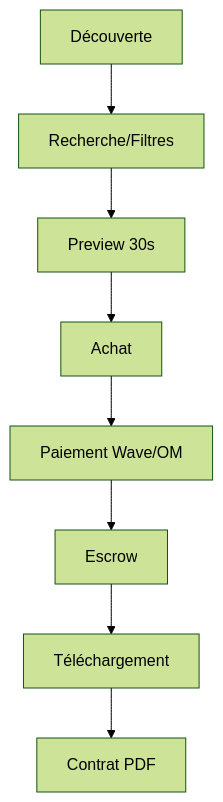
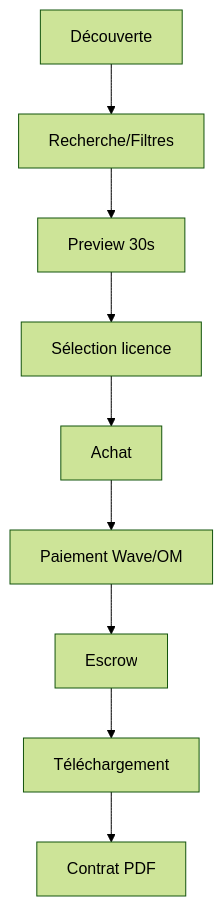
One commit to LordThiouk/linkart changed the second of 3 diagrams in docs/product/README.md. Above: the diagram before and after it, drawn with Mermaid (forest theme). The commit also changed other lines of this file and 19 other files, not shown here.

````diff
--- a/docs/product/README.md
+++ b/docs/product/README.md
@@ -67,10 +69,11 @@
 ```mermaid
 flowchart TD
     A[Découverte] --> B[Recherche/Filtres]
     B --> C[Preview 30s]
-    C --> D[Achat]
-    D --> E[Paiement Wave/OM]
-    E --> F[Escrow]
-    F --> G[Téléchargement]
-    G --> H[Contrat PDF]
+    C --> D[Sélection licence]
+    D --> E[Achat]
+    E --> F[Paiement Wave/OM]
+    F --> G[Escrow]
+    G --> H[Téléchargement]
+    H --> I[Contrat PDF]
 ```
````
